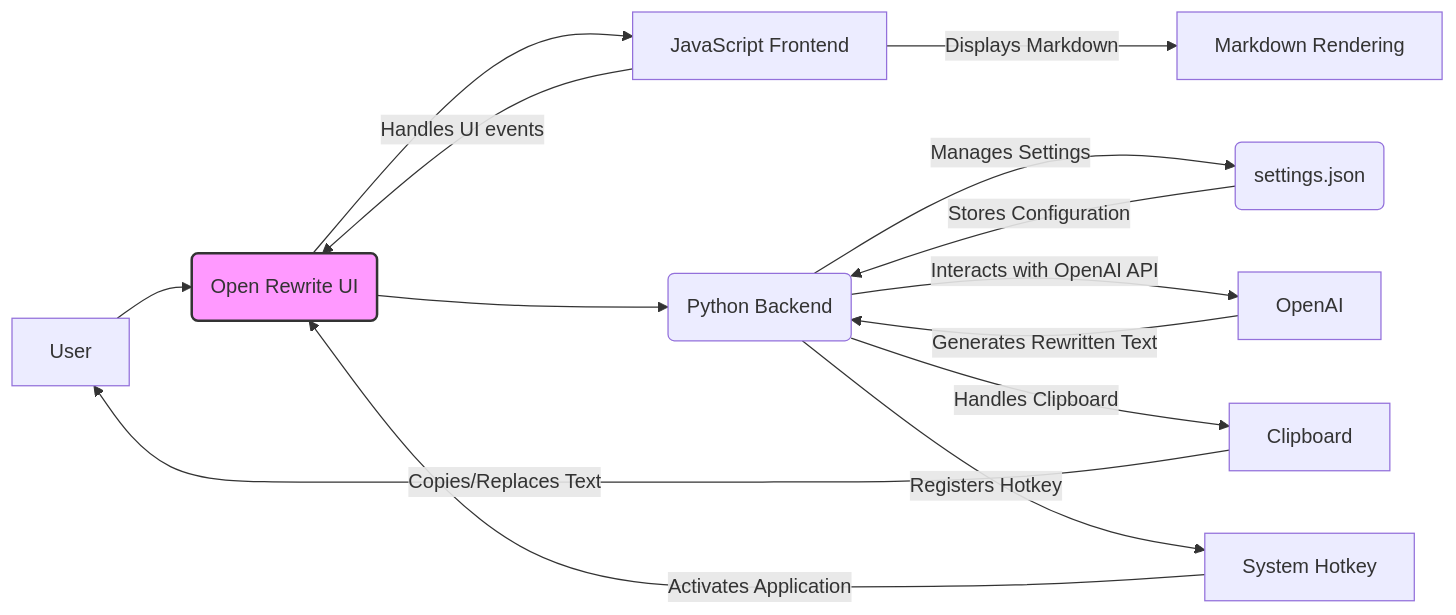
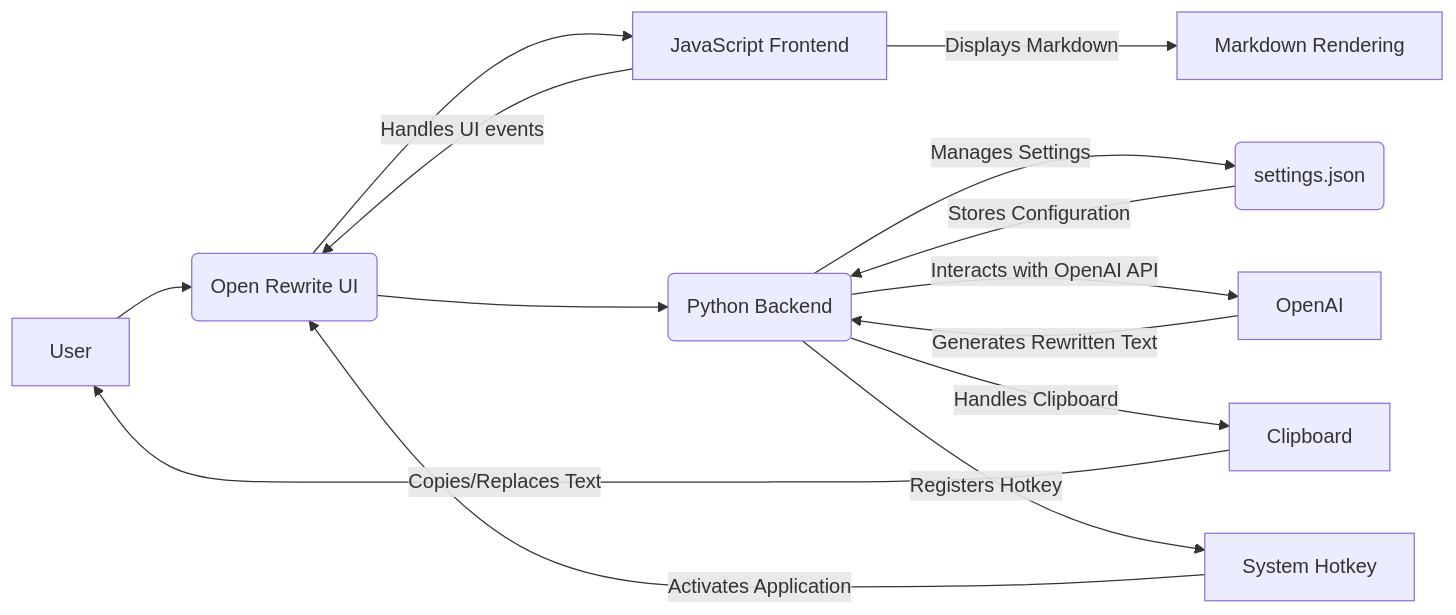
The diagram in README.md (SomaRe/open_rewrite), drawn with Mermaid before and after one commit.

Commit message:
fix: Remove unnecessary style definition from README.md

````diff
--- a/README.md
+++ b/README.md
@@ -3,17 +3,16 @@
 ```mermaid
 graph LR
     A[User] --> B(Open Rewrite UI);
     B --> C[JavaScript Frontend];
     B --> D(Python Backend);
     C -- Handles UI events --> B;
     D -- Manages Settings --> E(settings.json);
     D -- Interacts with OpenAI API --> F[OpenAI];
     D -- Handles Clipboard --> G[Clipboard];
     D -- Registers Hotkey --> H[System Hotkey];
     C -- Displays Markdown --> I[Markdown Rendering];
     F -- Generates Rewritten Text --> D;
     G -- Copies/Replaces Text --> A;
     H -- Activates Application --> B;
     E -- Stores Configuration --> D;
-    style B fill:#f9f,stroke:#333,stroke-width:2px
 ```
````
